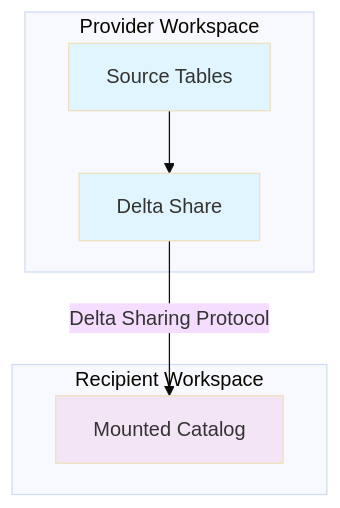
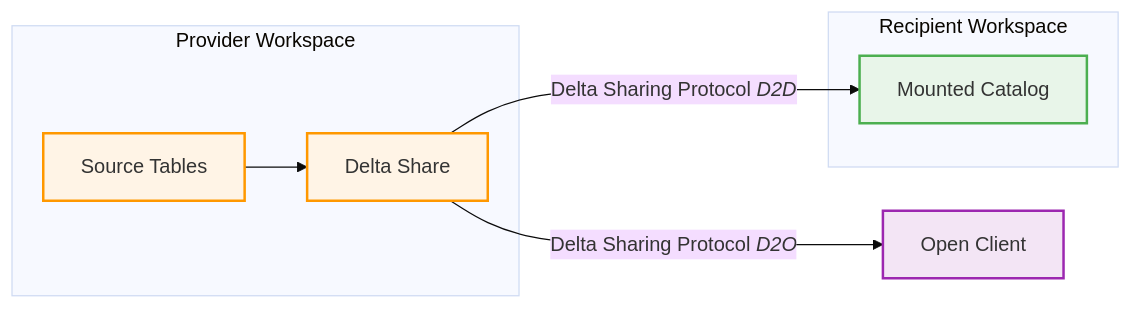
One commit to stackql/databricks-data-sharing-and-collaboration changed the diagram in README.md. Above: the diagram before and after it, drawn with Mermaid (base theme). The commit also changed 7 other files, not shown here.

````diff
--- a/README.md
+++ b/README.md
@@ -13,20 +13,23 @@
 ```mermaid
-graph TB
-    subgraph "Provider Workspace"
-        P1[Source Tables]
-        P2[Delta Share]
-        P1 --> P2
+graph LR
+    subgraph Provider["Provider Workspace"]
+        A[Source Tables] --> B[Delta Share]
     end
     
-    subgraph "Recipient Workspace"
-        R1[Mounted Catalog]
+    B -->|Delta Sharing Protocol <i>D2D</i>| C
+    B -->|Delta Sharing Protocol <i>D2O</i>| D
+    
+    subgraph Recipient["Recipient Workspace"]
+        C[Mounted Catalog]
     end
     
-    P2 -->|Delta Sharing Protocol| R1
+    D[Open Client]
     
-    classDef provider fill:#e1f5fe
-    classDef recipient fill:#f3e5f5
+    classDef providerStyle fill:#FFF4E6,stroke:#FF9800,stroke-width:2px
+    classDef recipientStyle fill:#E8F5E9,stroke:#4CAF50,stroke-width:2px
+    classDef externalStyle fill:#F3E5F5,stroke:#9C27B0,stroke-width:2px
     
-    class P1,P2 provider
-    class R1 recipient
+    class A,B providerStyle
+    class C recipientStyle
+    class D externalStyle
 ```
````
